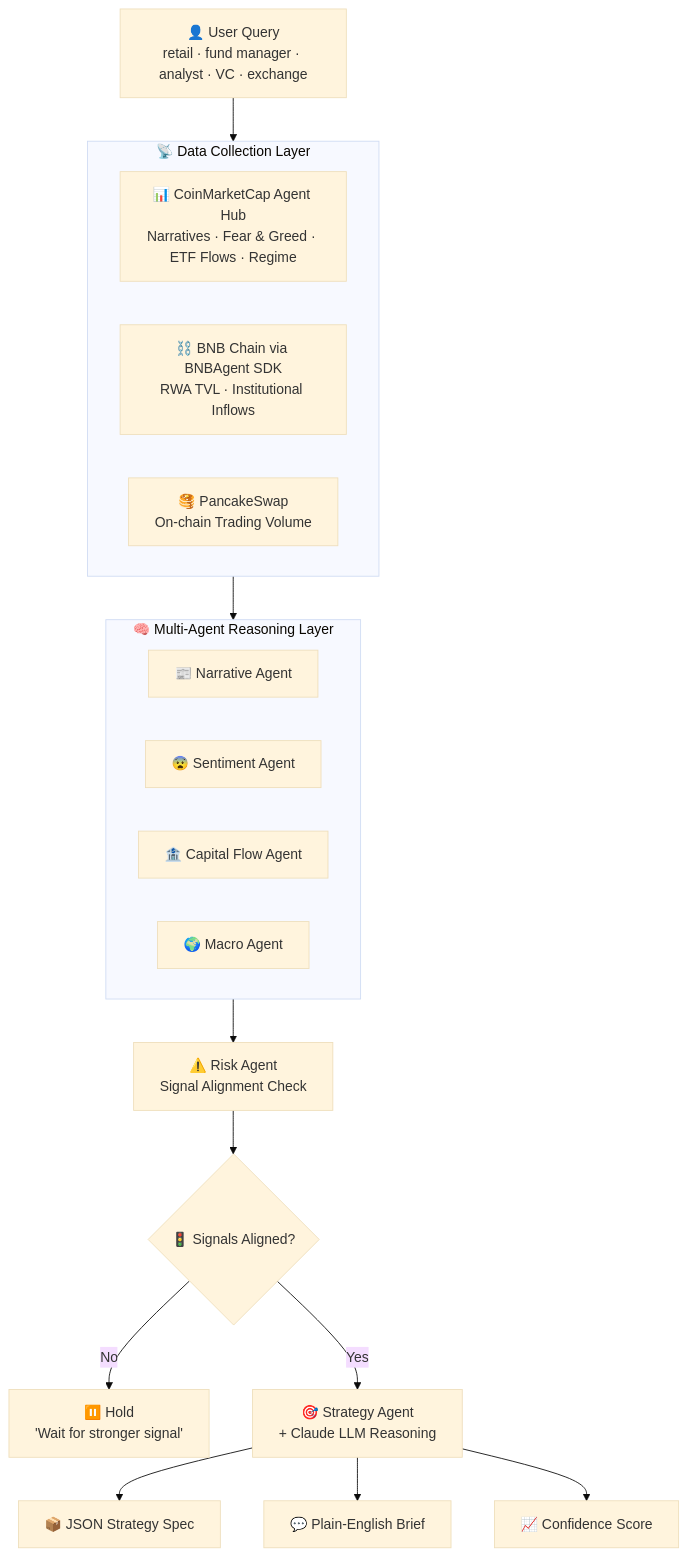
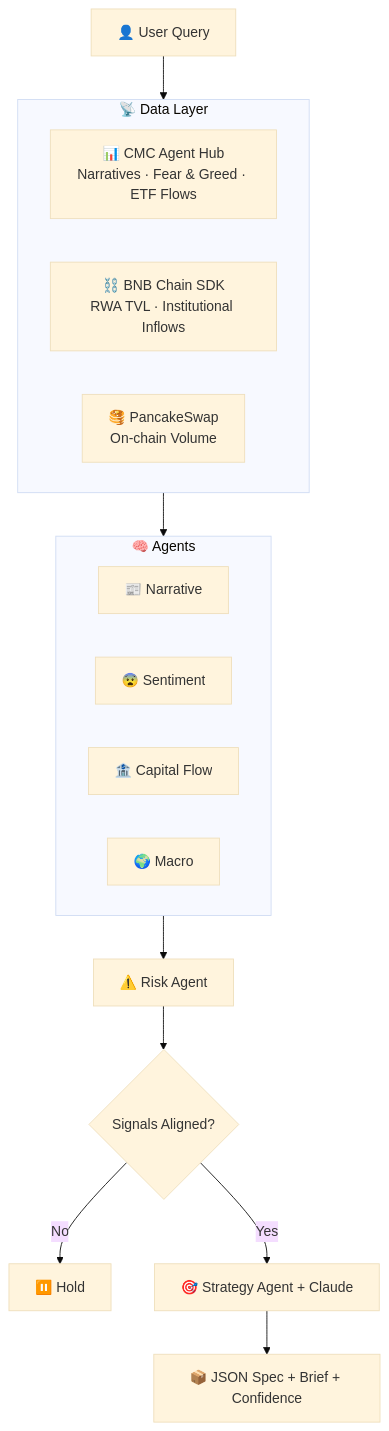
Before and after one commit to Santhosh121805/Aura-AI: the diagram in README.md, drawn with Mermaid (base theme). The commit also changed other lines of this file, not shown here.

````diff
--- a/README.md
+++ b/README.md
@@ -96,29 +37,25 @@
 ```mermaid
 flowchart TD
-    U[👤 User Query<br/>retail · fund manager · analyst · VC · exchange] --> COLLECT
+    U[👤 User Query] --> COLLECT
 
-    subgraph COLLECT [📡 Data Collection Layer]
-        C1[📊 CoinMarketCap Agent Hub<br/>Narratives · Fear & Greed · ETF Flows · Regime]
-        C2[⛓️ BNB Chain via BNBAgent SDK<br/>RWA TVL · Institutional Inflows]
-        C3[🥞 PancakeSwap<br/>On-chain Trading Volume]
+    subgraph COLLECT [📡 Data Layer]
+        C1[📊 CMC Agent Hub<br/>Narratives · Fear & Greed · ETF Flows]
+        C2[⛓️ BNB Chain SDK<br/>RWA TVL · Institutional Inflows]
+        C3[🥞 PancakeSwap<br/>On-chain Volume]
     end
 
     COLLECT --> BRAIN
 
-    subgraph BRAIN [🧠 Multi-Agent Reasoning Layer]
-        A1[📰 Narrative Agent]
-        A2[😨 Sentiment Agent]
-        A3[🏦 Capital Flow Agent]
-        A4[🌍 Macro Agent]
+    subgraph BRAIN [🧠 Agents]
+        A1[📰 Narrative]
+        A2[😨 Sentiment]
+        A3[🏦 Capital Flow]
+        A4[🌍 Macro]
     end
 
-    BRAIN --> RISK[⚠️ Risk Agent<br/>Signal Alignment Check]
-    RISK --> DECIDE{🚦 Signals Aligned?}
-
-    DECIDE -- No --> HOLD[⏸️ Hold<br/>'Wait for stronger signal']
-    DECIDE -- Yes --> STRAT[🎯 Strategy Agent<br/>+ Claude LLM Reasoning]
-
-    STRAT --> OUT1[📦 JSON Strategy Spec]
-    STRAT --> OUT2[💬 Plain-English Brief]
-    STRAT --> OUT3[📈 Confidence Score]
+    BRAIN --> RISK[⚠️ Risk Agent]
+    RISK --> DECIDE{Signals Aligned?}
+    DECIDE -- No --> HOLD[⏸️ Hold]
+    DECIDE -- Yes --> STRAT[🎯 Strategy Agent + Claude]
+    STRAT --> OUT[📦 JSON Spec + Brief + Confidence]
 ```
````
